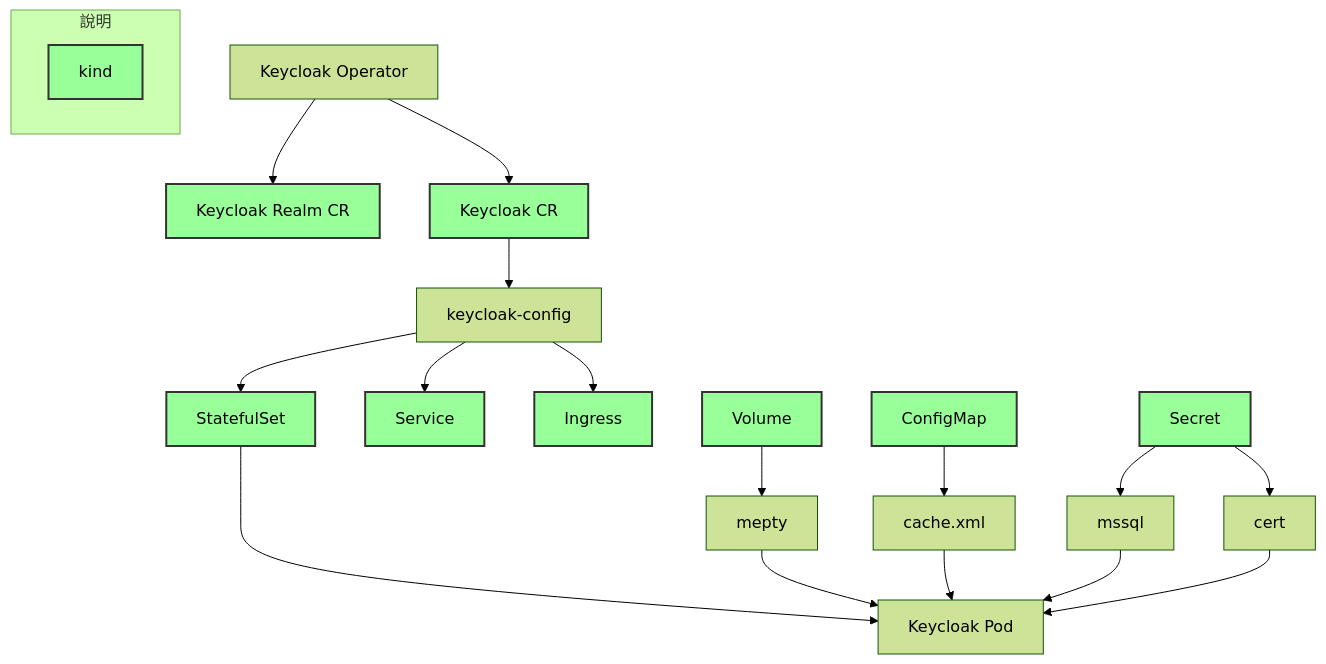
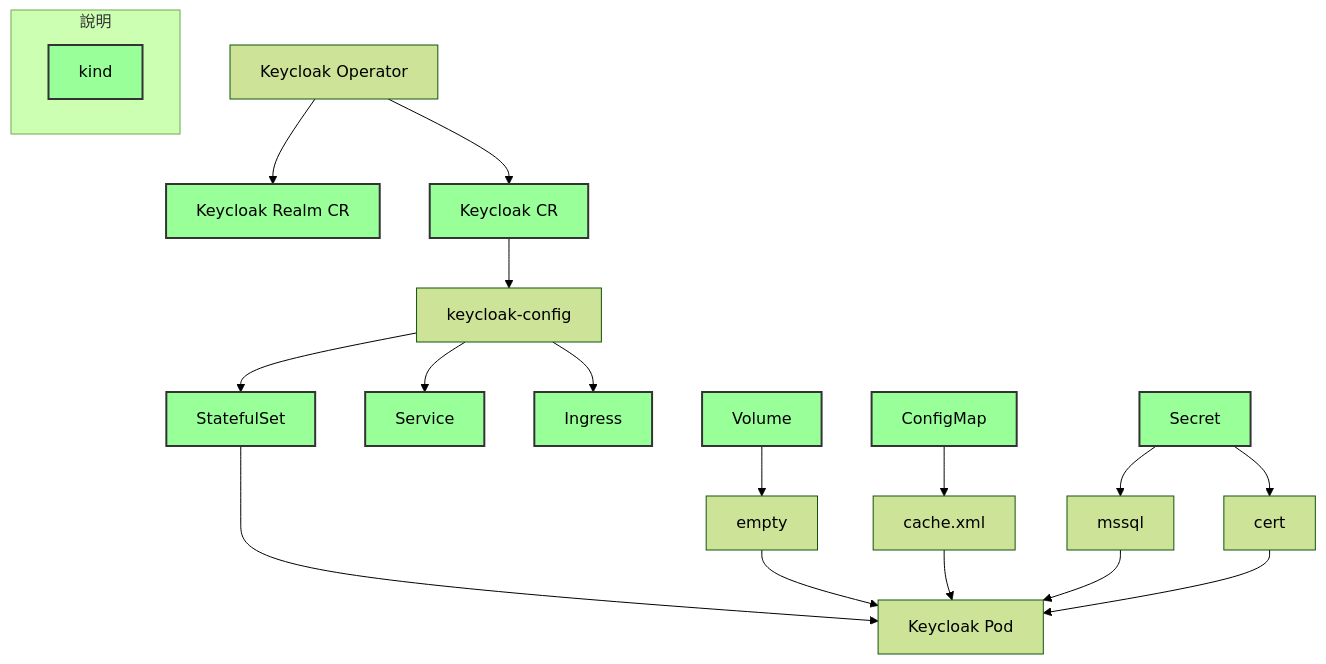
The diagram in keycloak/README.md (48763/kubernetes-note), drawn with Mermaid (forest theme) before and after one commit.

````diff
--- a/keycloak/README.md
+++ b/keycloak/README.md
@@ -5,26 +5,26 @@
 ```mermaid
 graph TD
   A[Keycloak Operator]
     A --> AA[Keycloak Realm CR]
     A --> AB[Keycloak CR] --> ABA[keycloak-config]
       ABA --> ABAA[StatefulSet] ---> ABAAA[Keycloak Pod]
       ABA --> ABAB[Service]
       ABA --> ABAC[Ingress]
 
   B[Volume]
-    B --> BA[mepty] --> ABAAA 
+    B --> BA[empty] --> ABAAA 
 
   C[ConfigMap]
     C --> CA[cache.xml] --> ABAAA
 
   D[Secret]
     D --> DA[mssql] --> ABAAA
     D --> DB[cert] --> ABAAA
 
 subgraph 說明
   Z[kind]
 end
 
 classDef kind fill:#9f9,stroke:#333,stroke-width:2px,color:#000000
 class AA,AB,ABAA,ABAB,ABAC,B,C,D,Z kind
 ```
````
